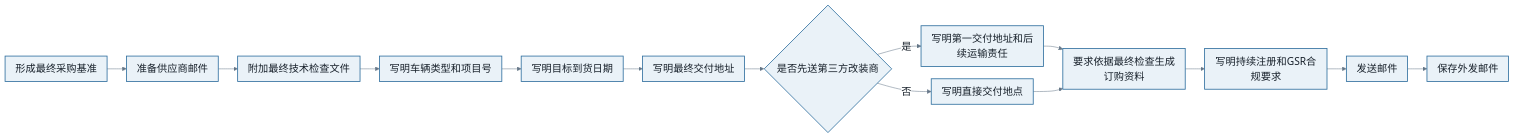
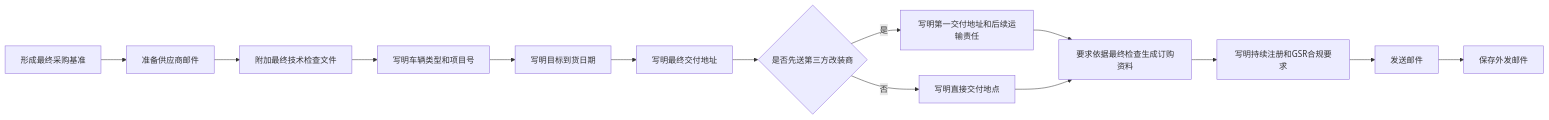
Before and after one commit to giengenbw/chassisprocess: diagram 16 of 56 in README.md, drawn with Mermaid. The commit also changed other lines of this file, not shown here.

````diff
--- a/README.md
+++ b/README.md
@@ -549,21 +481,16 @@
 ```mermaid
-%%{init: {'theme':'base','flowchart':{'curve':'basis','nodeSpacing':24,'rankSpacing':38,'padding':10,'htmlLabels':true,'useMaxWidth':true},'themeVariables':{'fontFamily':'Microsoft YaHei, Noto Sans SC, Arial, sans-serif','fontSize':'20px','primaryColor':'#EAF2F8','primaryTextColor':'#17202A','primaryBorderColor':'#2E6E9E','lineColor':'#667788','secondaryColor':'#FFF4D6','tertiaryColor':'#E8F6F3','edgeLabelBackground':'#FFFFFF'}}}%%
-flowchart LR
+graph LR
     A["形成最终采购基准"] --> B["准备供应商邮件"]
     B --> C["附加最终技术检查文件"]
     C --> D["写明车辆类型和项目号"]
     D --> E["写明目标到货日期"]
     E --> F["写明最终交付地址"]
     F --> G{"是否先送第三方改装商"}
-    G -->|是| H["写明第一交付地址和后续运输责任"]
-    G -->|否| I["写明直接交付地点"]
+    G -- 是 --> H["写明第一交付地址和后续运输责任"]
+    G -- 否 --> I["写明直接交付地点"]
     H --> J["要求依据最终检查生成订购资料"]
     I --> J
     J --> K["写明持续注册和GSR合规要求"]
     K --> L["发送邮件"]
     L --> M["保存外发邮件"]
-    classDef default fill:#EAF2F8,stroke:#2E6E9E,stroke-width:1.6px,color:#17202A,font-size:20px;
-    classDef decision fill:#FFF4D6,stroke:#B8860B,stroke-width:2px,color:#4A3A00,font-size:20px;
-    classDef exception fill:#FCE8E6,stroke:#B3261E,stroke-width:2px,color:#6A1B16,font-size:20px;
-    classDef outcome fill:#E8F6F3,stroke:#16836B,stroke-width:2px,color:#0B5345,font-size:20px;
 ```
````
